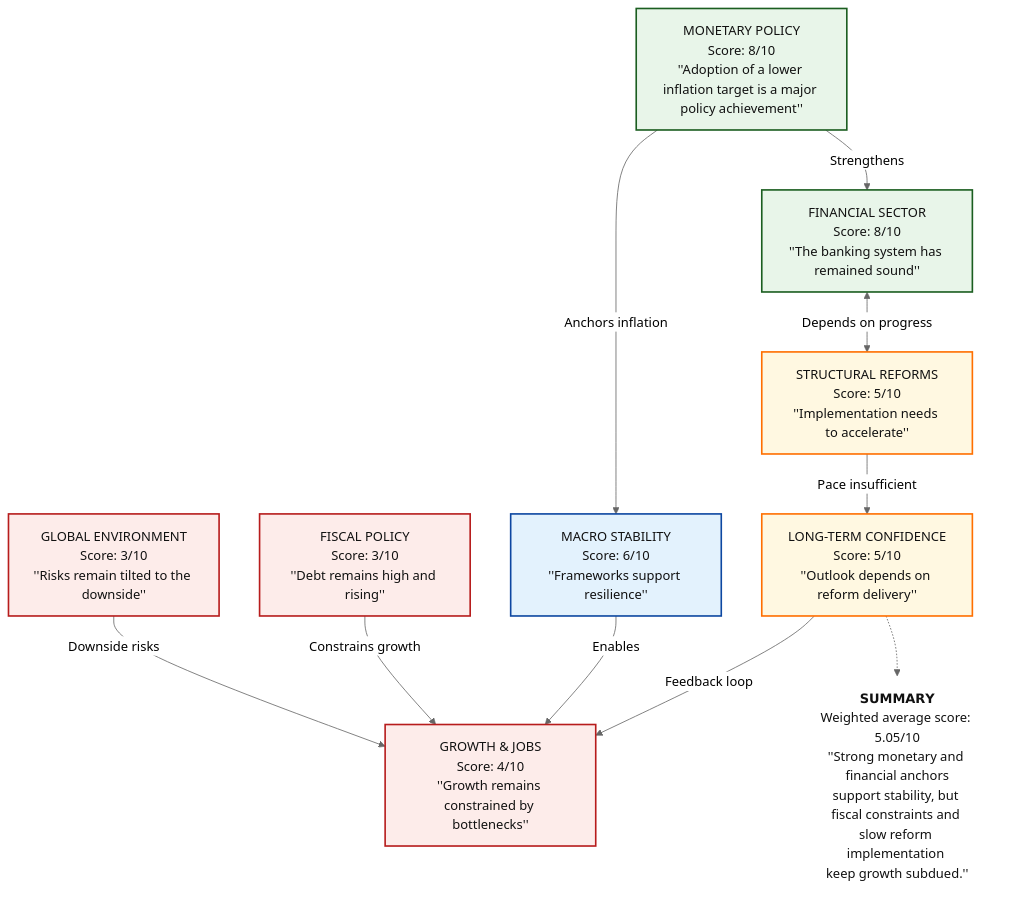
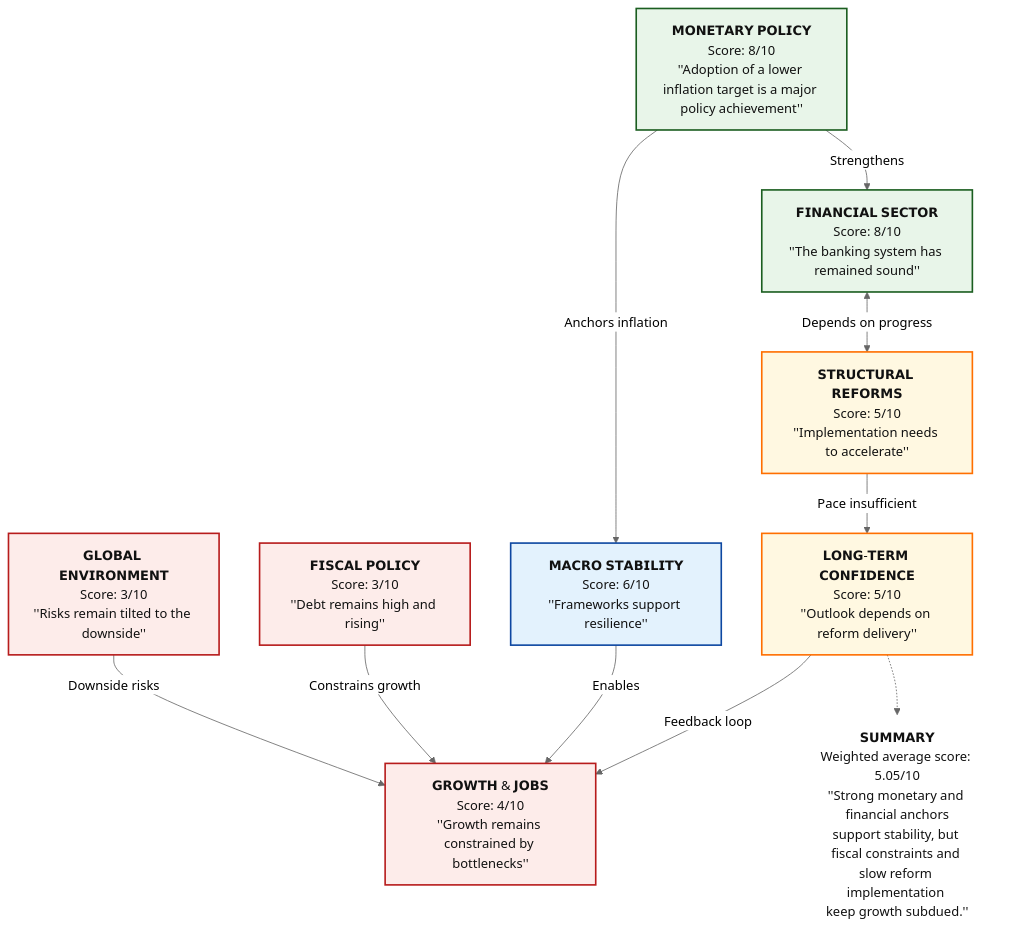
Before and after one commit to Tellusant/docs: the diagram in articles-posts/economic-sentiment-zaf.md, drawn with Mermaid (neutral theme).

```diff
--- a/articles-posts/economic-sentiment-zaf.md
+++ b/articles-posts/economic-sentiment-zaf.md
@@ -12,40 +12,40 @@
 <div class="mermaid">
 
  flowchart TD
 
 %% ========= NODES =========
-GE["GLOBAL ENVIRONMENT\nScore: 3/10\n''Risks remain tilted to the downside''"]:::risk
-FP["FISCAL POLICY\nScore: 3/10\n''Debt remains high and rising''"]:::risk
-GJ["GROWTH & JOBS\nScore: 4/10\n''Growth remains constrained by bottlenecks''"]:::risk
-MP["MONETARY POLICY\nScore: 8/10\n''Adoption of a lower inflation target is a major policy achievement''"]:::strong
-MS["MACRO STABILITY\nScore: 6/10\n''Frameworks support resilience''"]:::neutral
-FS["FINANCIAL SECTOR\nScore: 8/10\n''The banking system has remained sound''"]:::strong
-SR["STRUCTURAL REFORMS\nScore: 5/10\n''Implementation needs to accelerate''"]:::mixed
-LC["LONG-TERM CONFIDENCE\nScore: 5/10\n''Outlook depends on reform delivery''"]:::mixed
+GE["𝗚𝗟𝗢𝗕𝗔𝗟 𝗘𝗡𝗩𝗜𝗥𝗢𝗡𝗠𝗘𝗡𝗧\nScore: 3/10\n''Risks remain tilted to the downside''"]:::risk
+FP["𝗙𝗜𝗦𝗖𝗔𝗟 𝗣𝗢𝗟𝗜𝗖𝗬\nScore: 3/10\n''Debt remains high and rising''"]:::risk
+GJ["𝗚𝗥𝗢𝗪𝗧𝗛 & 𝗝𝗢𝗕𝗦\nScore: 4/10\n''Growth remains constrained by bottlenecks''"]:::risk
+MP["𝗠𝗢𝗡𝗘𝗧𝗔𝗥𝗬 𝗣𝗢𝗟𝗜𝗖𝗬\nScore: 8/10\n''Adoption of a lower inflation target is a major policy achievement''"]:::strong
+MS["𝗠𝗔𝗖𝗥𝗢 𝗦𝗧𝗔𝗕𝗜𝗟𝗜𝗧𝗬\nScore: 6/10\n''Frameworks support resilience''"]:::neutral
+FS["𝗙𝗜𝗡𝗔𝗡𝗖𝗜𝗔𝗟 𝗦𝗘𝗖𝗧𝗢𝗥\nScore: 8/10\n''The banking system has remained sound''"]:::strong
+SR["𝗦𝗧𝗥𝗨𝗖𝗧𝗨𝗥𝗔𝗟 𝗥𝗘𝗙𝗢𝗥𝗠𝗦\nScore: 5/10\n''Implementation needs to accelerate''"]:::mixed
+LC["𝗟𝗢𝗡𝗚-𝗧𝗘𝗥𝗠 𝗖𝗢𝗡𝗙𝗜𝗗𝗘𝗡𝗖𝗘\nScore: 5/10\n''Outlook depends on reform delivery''"]:::mixed
 
 %% ========= RELATIONSHIPS =========
 GE -->|Downside risks| GJ
 FP -->|Constrains growth| GJ
 MP -->|Anchors inflation| MS
 MS -->|Enables| GJ
 MP -->|Strengthens| FS
 FS <-->|Depends on progress| SR
 SR -->|Pace insufficient| LC
 LC -->|Feedback loop| GJ
 
 %% ========= INVISIBLE LAYOUT CONTROL =========
 ANCHOR[" "]:::anchor
 
 %% ========= SUMMARY (FORCED BELOW, NO VISIBLE ARROWS) =========
 SUM["𝗦𝗨𝗠𝗠𝗔𝗥𝗬\nWeighted average score: 5.05/10\n''Strong monetary and financial anchors\nsupport stability, but fiscal constraints and \nslow reform implementation \nkeep growth subdued.''"]:::summary
 LC -.-> SUM:::anchor
 
 %% ========= STYLES =========
 classDef strong  fill:#E8F5E9,stroke:#1B5E20,stroke-width:2px,color:#111;
 classDef neutral fill:#E3F2FD,stroke:#0D47A1,stroke-width:2px,color:#111;
 classDef mixed   fill:#FFF8E1,stroke:#FF6F00,stroke-width:2px,color:#111;
 classDef risk    fill:#FDECEA,stroke:#B71C1C,stroke-width:2px,color:#111;
 classDef summary fill:#F5F5F5,stroke:#424242,stroke-width:2px,color:#111;
 classDef anchor fill:transparent,stroke:transparent;
 
 </div>
```
